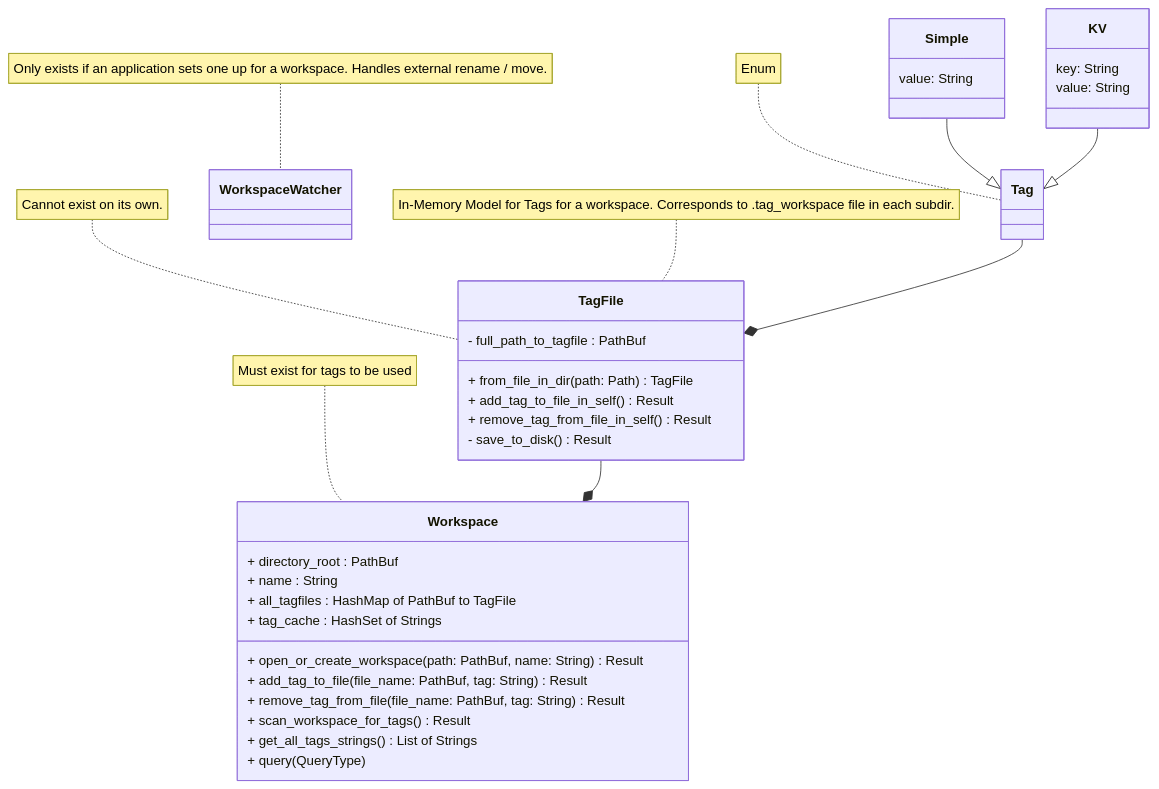
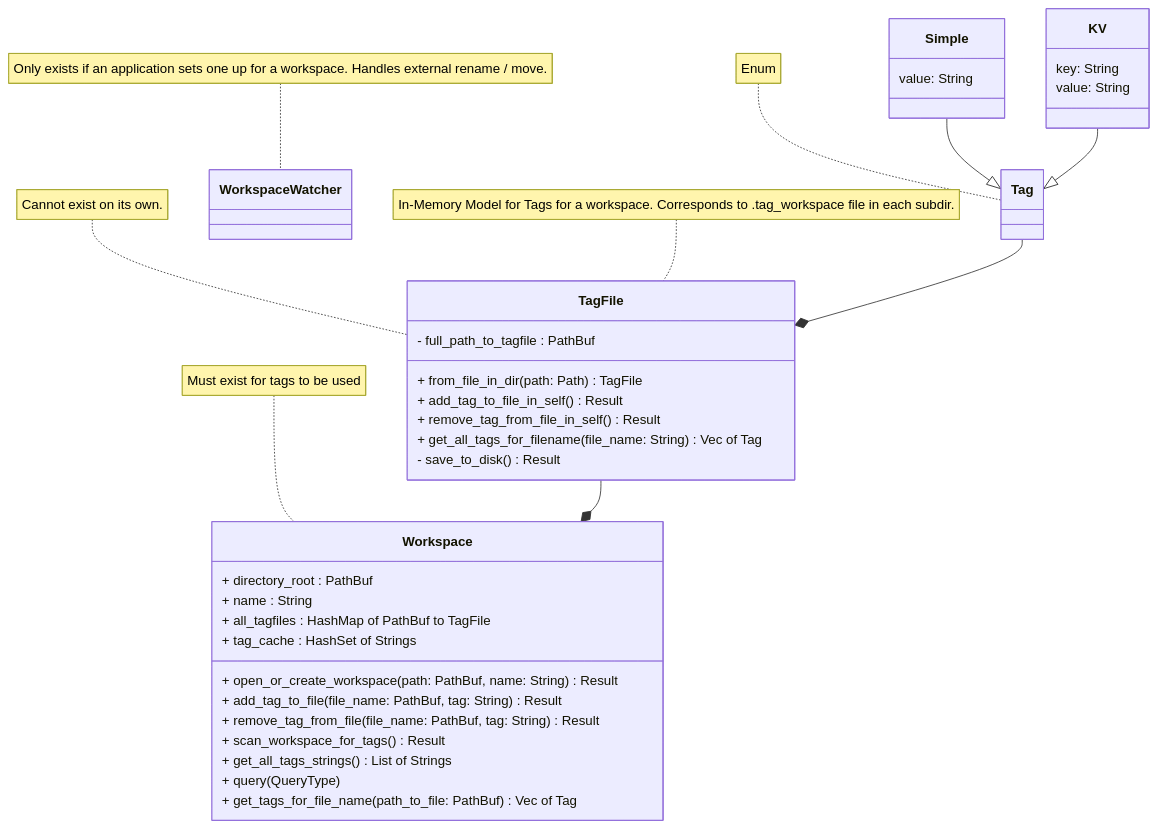
The diagram in doc/library_class_diagram.mmd (Nigel-Karunaratne/file-tagging), drawn with Mermaid before and after one commit. The commit also changed 1 other file, not shown here.

Commit message:
Add getting tags for file name

```diff
--- a/doc/library_class_diagram.mmd
+++ b/doc/library_class_diagram.mmd
@@ -1,51 +1,54 @@
 %% Mermaid Diagram for the tagcore rust library
 
 classDiagram
 direction TB
     note for Workspace "Must exist for tags to be used"
     class Workspace {
         + directory_root : PathBuf
         + name : String
 	    + all_tagfiles : HashMap of PathBuf to TagFile
 	    + tag_cache : HashSet of Strings
 	    
         + open_or_create_workspace(path: PathBuf, name: String) Result
         + add_tag_to_file(file_name: PathBuf, tag: String) Result
 	    + remove_tag_from_file(file_name: PathBuf, tag: String) Result
         + scan_workspace_for_tags() Result
         + get_all_tags_strings() List of Strings
 	    + query(QueryType)
+        + get_tags_for_file_name(path_to_file: PathBuf) Vec of Tag
     }
 
     note for TagFile "Cannot exist on its own."
     note for TagFile "In-Memory Model for Tags for a workspace. Corresponds to .tag_workspace file in each subdir."
     class TagFile {
 	    - full_path_to_tagfile : PathBuf
 
         + from_file_in_dir(path: Path) TagFile
 
 	    + add_tag_to_file_in_self() Result
 	    + remove_tag_from_file_in_self() Result
+
+        + get_all_tags_for_filename(file_name: String) Vec of Tag
 
         - save_to_disk() Result
     }
 
     note for Tag "Enum"
     class Tag {
 
     }
     class Simple {value: String}
     class KV {
         key: String
         value: String
     }
 
     Simple --|> Tag
     KV --|> Tag
 
     note for WorkspaceWatcher "Only exists if an application sets one up for a workspace. Handles external rename / move."
     class WorkspaceWatcher {
     }
 
     TagFile --* Workspace
     Tag --* TagFile
```
